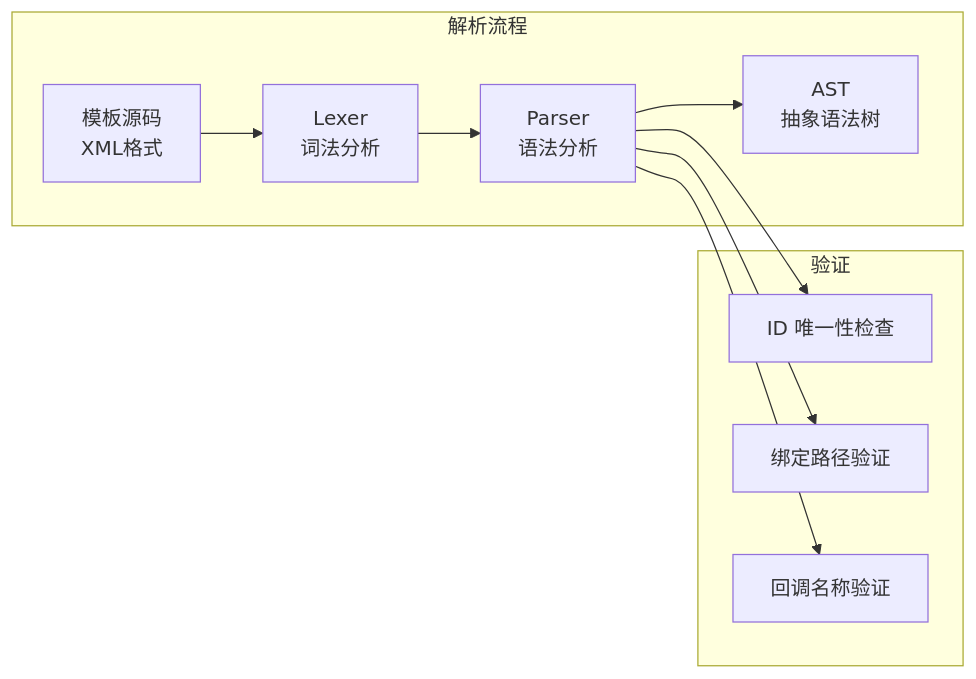
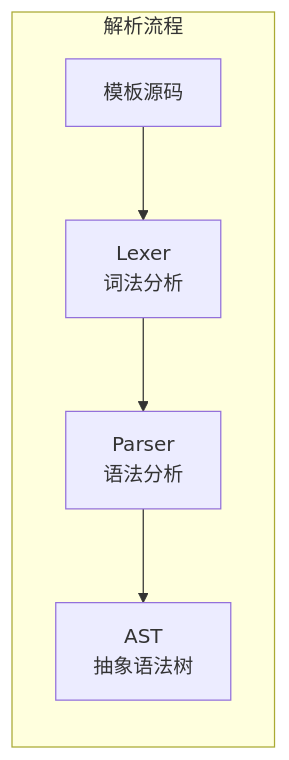
Before and after one commit to g122622/Cubium: the diagram in src/client/ui/kagero/template/parser/README.md, drawn with Mermaid. The commit also changed other lines of this file and 298 other files, not shown here.

````diff
--- a/src/client/ui/kagero/template/parser/README.md
+++ b/src/client/ui/kagero/template/parser/README.md
@@ -97,23 +17,13 @@
 ```mermaid
 flowchart LR
     subgraph 解析流程
-        SRC[模板源码<br/>XML格式]
+        SRC[模板源码]
         LEX[Lexer<br/>词法分析]
         PAR[Parser<br/>语法分析]
         AST[AST<br/>抽象语法树]
     end
 
     SRC --> LEX
     LEX --> PAR
     PAR --> AST
-
-    subgraph 验证
-        VID[ID 唯一性检查]
-        VBP[绑定路径验证]
-        VCN[回调名称验证]
-    end
-
-    PAR --> VID
-    PAR --> VBP
-    PAR --> VCN
 ```
````
